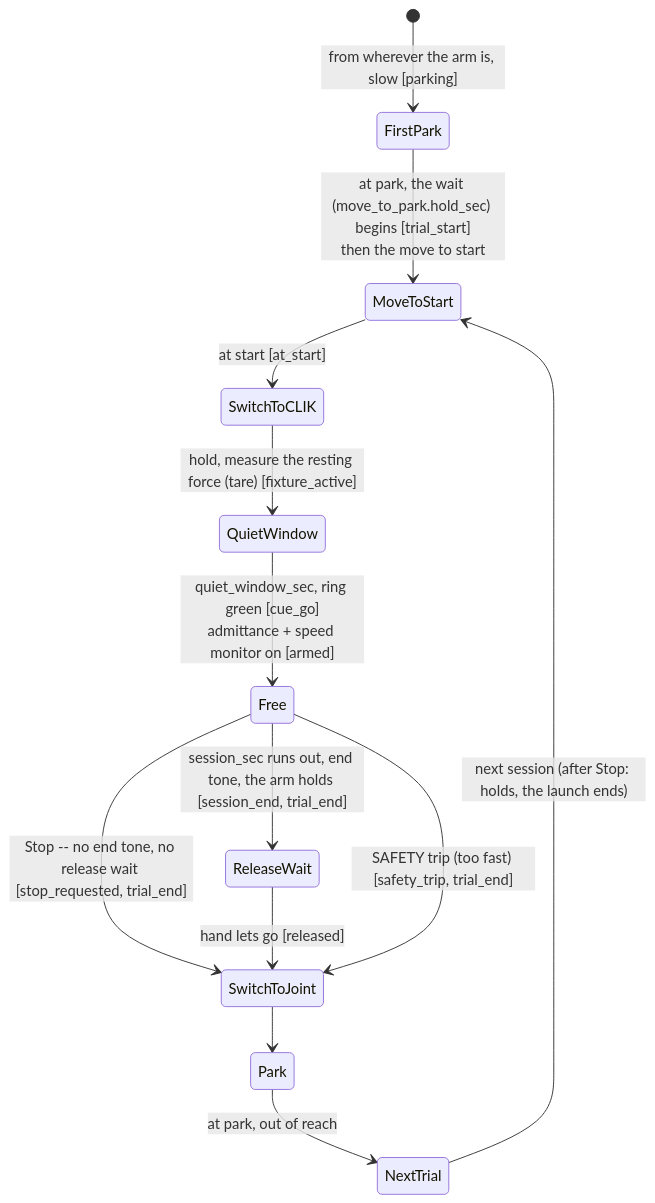
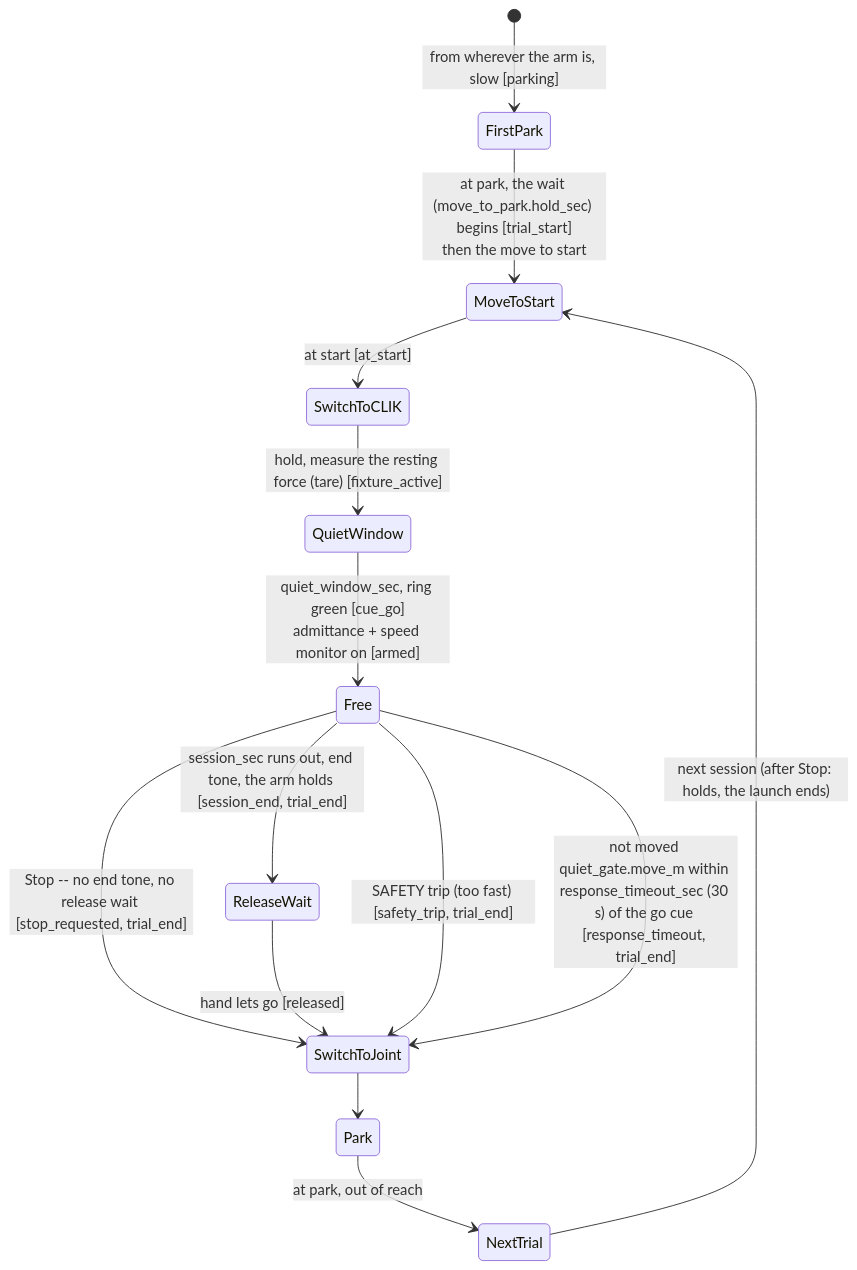
Before and after one commit to sinthlab/sinthlab-kuka-stack: the ninth of 9 diagrams in README.md, drawn with Mermaid. The commit also changed other lines of this file and 18 other files, not shown here.

````diff
--- a/README.md
+++ b/README.md
@@ -2008,15 +2031,16 @@
 ```mermaid
 stateDiagram-v2
     [*] --> FirstPark : from wherever the arm is, slow [parking]
     FirstPark --> MoveToStart : at park, the wait (move_to_park.hold_sec) begins [trial_start]<br/>then the move to start
     MoveToStart --> SwitchToCLIK : at start [at_start]
     SwitchToCLIK --> QuietWindow : hold, measure the resting force (tare) [fixture_active]
     QuietWindow --> Free : quiet_window_sec, ring green [cue_go]<br/>admittance + speed monitor on [armed]
     Free --> ReleaseWait : session_sec runs out, end tone, the arm holds [session_end, trial_end]
     Free --> SwitchToJoint : Stop -- no end tone, no release wait [stop_requested, trial_end]
     ReleaseWait --> SwitchToJoint : hand lets go [released]
     Free --> SwitchToJoint : SAFETY trip (too fast) [safety_trip, trial_end]
+    Free --> SwitchToJoint : not moved quiet_gate.move_m within response_timeout_sec (30 s) of the go cue [response_timeout, trial_end]
     SwitchToJoint --> Park
     Park --> NextTrial : at park, out of reach
     NextTrial --> MoveToStart : next session (after Stop: holds, the launch ends)
 ```
````
